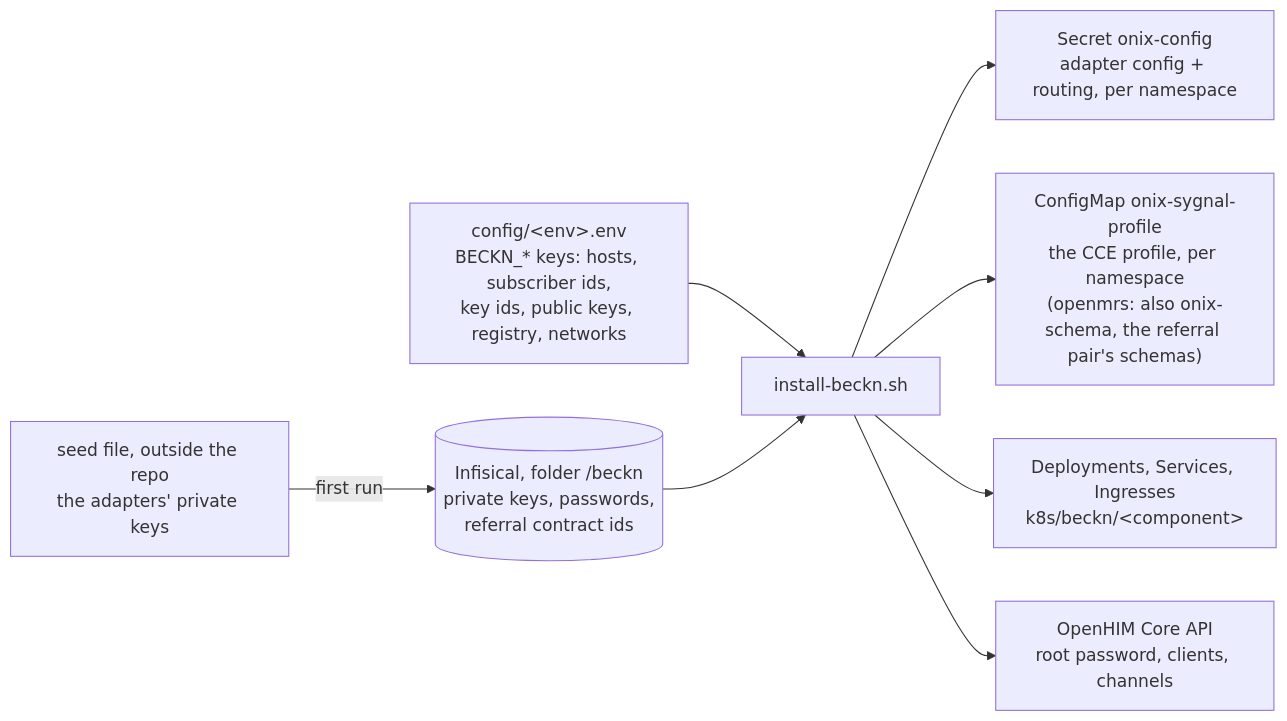
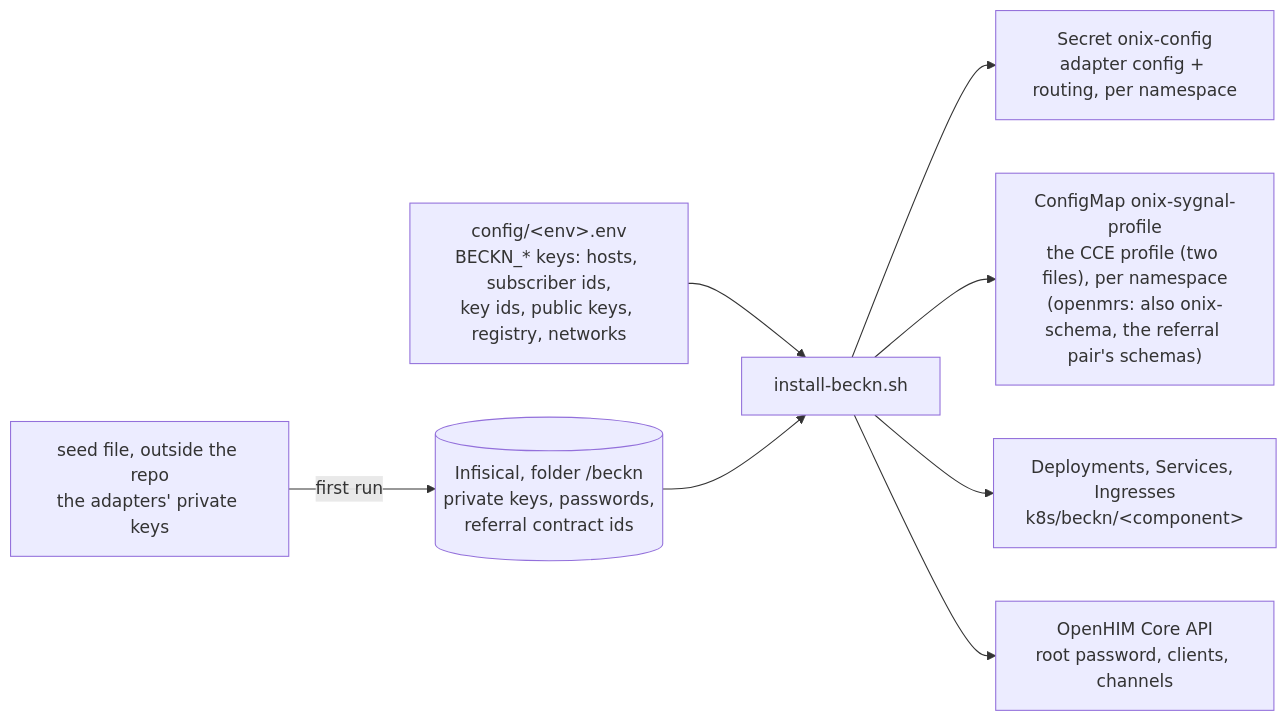
The sixth of 7 diagrams in one-click-installer/docs/beckn-demo-setup.md (openphc/deploy-scripts), drawn with Mermaid before and after one commit. The commit also changed other lines of this file and 9 other files, not shown here.

First line of the commit message:
Beckn add-on: profile in two files; referral schema set CoordinationEvent/v3.0

````diff
--- a/one-click-installer/docs/beckn-demo-setup.md
+++ b/one-click-installer/docs/beckn-demo-setup.md
@@ -317,19 +324,19 @@
 ```mermaid
 flowchart LR
     CFG["config/&lt;env&gt;.env<br/>BECKN_* keys: hosts, subscriber ids,<br/>key ids, public keys, registry, networks"]
     SEED["seed file, outside the repo<br/>the adapters' private keys"]
     INF[("Infisical, folder /beckn<br/>private keys, passwords,<br/>referral contract ids")]
     INST["install-beckn.sh"]
     K1["Secret onix-config<br/>adapter config + routing, per namespace"]
-    K2["ConfigMap onix-sygnal-profile<br/>the CCE profile, per namespace<br/>(openmrs: also onix-schema, the referral pair's schemas)"]
+    K2["ConfigMap onix-sygnal-profile<br/>the CCE profile (two files), per namespace<br/>(openmrs: also onix-schema, the referral pair's schemas)"]
     K3["Deployments, Services, Ingresses<br/>k8s/beckn/&lt;component&gt;"]
     OH["OpenHIM Core API<br/>root password, clients, channels"]
 
     SEED -- "first run" --> INF
     CFG --> INST
     INF --> INST
     INST --> K1
     INST --> K2
     INST --> K3
     INST --> OH
 ```
````
